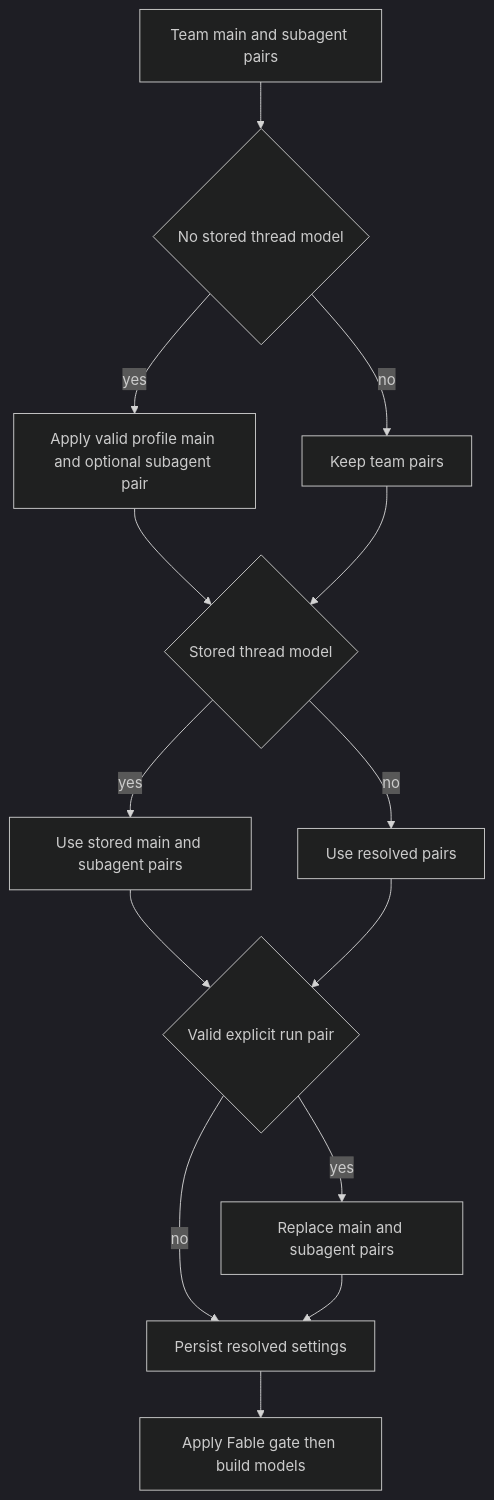
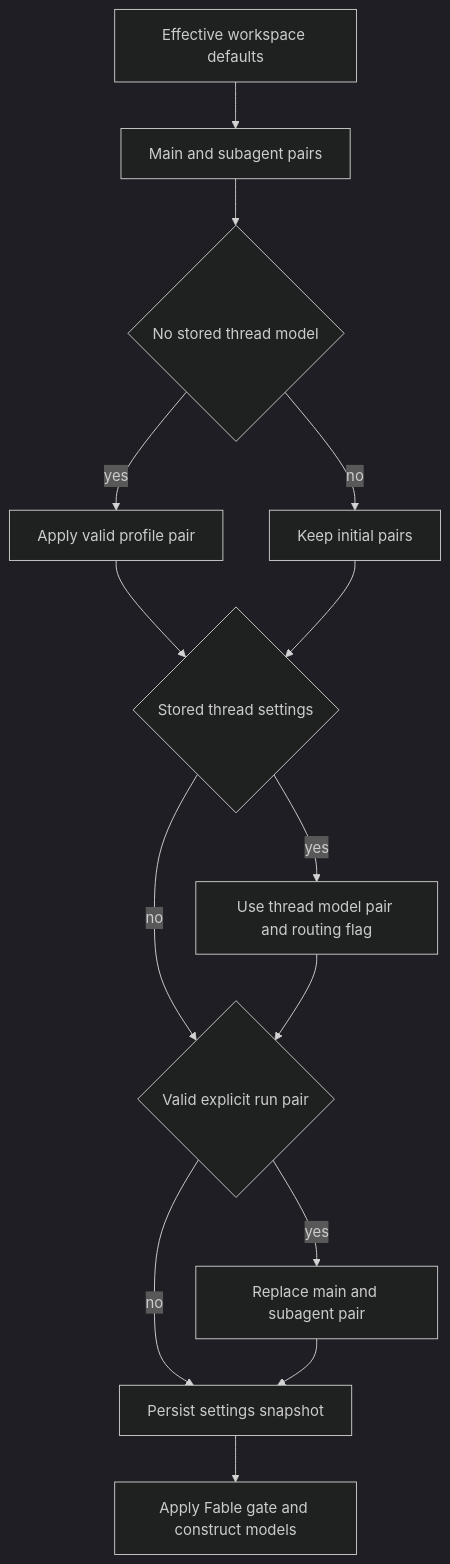
Before and after one commit to langchain-ai/open-swe: the diagram in openwiki/concepts/models-profiles-instructions.md, drawn with Mermaid (dark theme). The commit also changed other lines of this file and 51 other files, not shown here.

````diff
--- a/openwiki/concepts/models-profiles-instructions.md
+++ b/openwiki/concepts/models-profiles-instructions.md
@@ -70,16 +73,16 @@
 ```mermaid
 flowchart TD
-  Team["Team main and subagent pairs"] --> Profile{"No stored thread model"}
-  Profile -- "yes" --> ApplyProfile["Apply valid profile main and optional subagent pair"]
-  Profile -- "no" --> KeepTeam["Keep team pairs"]
-  ApplyProfile --> Stored{"Stored thread model"}
-  KeepTeam --> Stored
-  Stored -- "yes" --> Snapshot["Use stored main and subagent pairs"]
-  Stored -- "no" --> Initial["Use resolved pairs"]
-  Snapshot --> Explicit{"Valid explicit run pair"}
-  Initial --> Explicit
-  Explicit -- "yes" --> Replace["Replace main and subagent pairs"]
-  Explicit -- "no" --> Persist["Persist resolved settings"]
-  Replace --> Persist
-  Persist --> Gate["Apply Fable gate then build models"]
+  Workspace["Effective workspace defaults"] --> Initial["Main and subagent pairs"]
+  Profile{"No stored thread model"} -->|yes| ApplyProfile["Apply valid profile pair"]
+  Profile -->|no| Existing["Keep initial pairs"]
+  Initial --> Profile
+  ApplyProfile --> Snapshot{"Stored thread settings"}
+  Existing --> Snapshot
+  Snapshot -->|yes| Stored["Use thread model pair and routing flag"]
+  Snapshot -->|no| Request
+  Stored --> Request{"Valid explicit run pair"}
+  Request -->|yes| Override["Replace main and subagent pair"]
+  Request -->|no| Save["Persist settings snapshot"]
+  Override --> Save
+  Save --> Gate["Apply Fable gate and construct models"]
 ```
````
